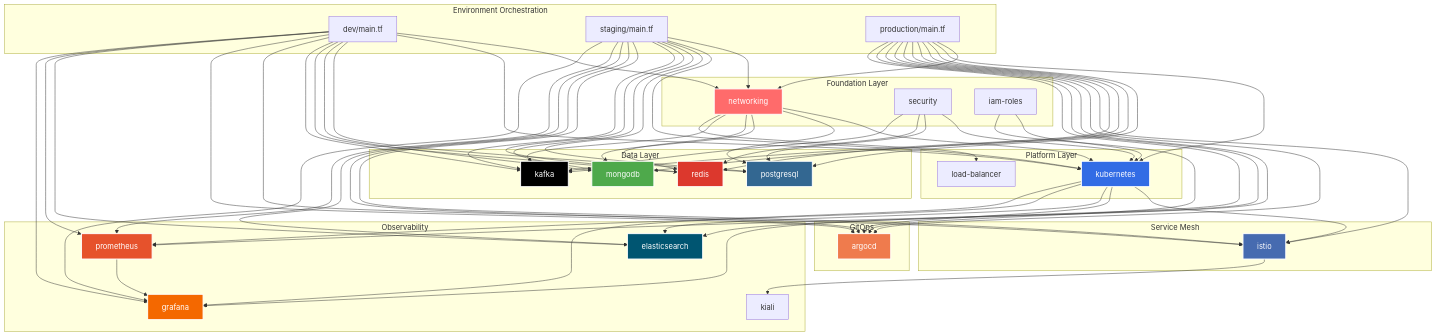
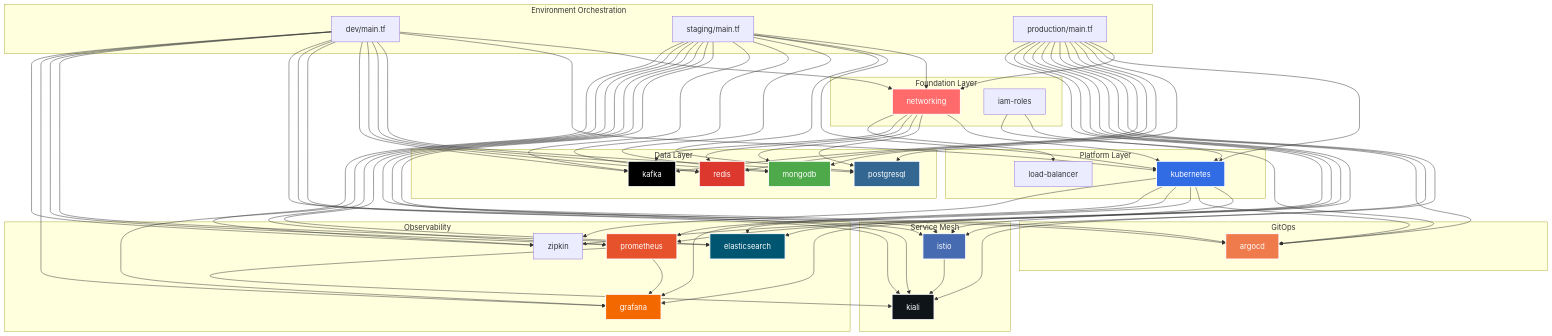
The third of 9 diagrams in README.md (Saoudyahya/Ecommerce-App-Terraform-config), drawn with Mermaid before and after one commit. The commit also changed other lines of this file, not shown here.

```diff
--- a/README.md
+++ b/README.md
@@ -152,7 +209,6 @@
 graph TD
     subgraph "Foundation Layer"
         NET[networking]
-        SEC[security]
         IAM[iam-roles]
     end
     
@@ -170,6 +226,7 @@
     
     subgraph "Service Mesh"
         ISTIO[istio]
+        KIALI[kiali]
     end
     
     subgraph "GitOps"
@@ -180,7 +237,7 @@
         ELK[elasticsearch]
         PROM[prometheus]
         GRAF[grafana]
-        KIALI[kiali]
+        ZIPKIN[zipkin]
     end
     
     subgraph "Environment Orchestration"
@@ -196,11 +253,6 @@
     NET --> KAFKA
     NET --> LB
     
-    SEC --> K8S
-    SEC --> PG
-    SEC --> REDIS
-    SEC --> KAFKA
-    
     IAM --> K8S
     IAM --> ARGO
     
@@ -209,9 +261,11 @@
     K8S --> ELK
     K8S --> PROM
     K8S --> GRAF
+    K8S --> ZIPKIN
     
     ISTIO --> KIALI
     PROM --> GRAF
+    PROM --> KIALI
     
     DEV --> NET
     DEV --> K8S
@@ -220,10 +274,12 @@
     DEV --> REDIS
     DEV --> KAFKA
     DEV --> ISTIO
+    DEV --> KIALI
     DEV --> ARGO
     DEV --> ELK
     DEV --> PROM
     DEV --> GRAF
+    DEV --> ZIPKIN
     
     STAGING --> NET
     STAGING --> K8S
@@ -232,10 +288,12 @@
     STAGING --> REDIS
     STAGING --> KAFKA
     STAGING --> ISTIO
+    STAGING --> KIALI
     STAGING --> ARGO
     STAGING --> ELK
     STAGING --> PROM
     STAGING --> GRAF
+    STAGING --> ZIPKIN
     
     PROD --> NET
     PROD --> K8S
@@ -244,10 +302,12 @@
     PROD --> REDIS
     PROD --> KAFKA
     PROD --> ISTIO
+    PROD --> KIALI
     PROD --> ARGO
     PROD --> ELK
     PROD --> PROM
     PROD --> GRAF
+    PROD --> ZIPKIN
     
     style NET fill:#FF6B6B,stroke:#fff,stroke-width:2px,color:#fff
     style K8S fill:#326ce5,stroke:#fff,stroke-width:2px,color:#fff
@@ -256,6 +316,7 @@
     style REDIS fill:#DC382D,stroke:#fff,stroke-width:2px,color:#fff
     style KAFKA fill:#000,stroke:#fff,stroke-width:2px,color:#fff
     style ISTIO fill:#466BB0,stroke:#fff,stroke-width:2px,color:#fff
+    style KIALI fill:#0F1419,stroke:#fff,stroke-width:2px,color:#fff
     style ARGO fill:#EF7B4D,stroke:#fff,stroke-width:2px,color:#fff
     style ELK fill:#005571,stroke:#fff,stroke-width:2px,color:#fff
     style PROM fill:#E6522C,stroke:#fff,stroke-width:2px,color:#fff
```
